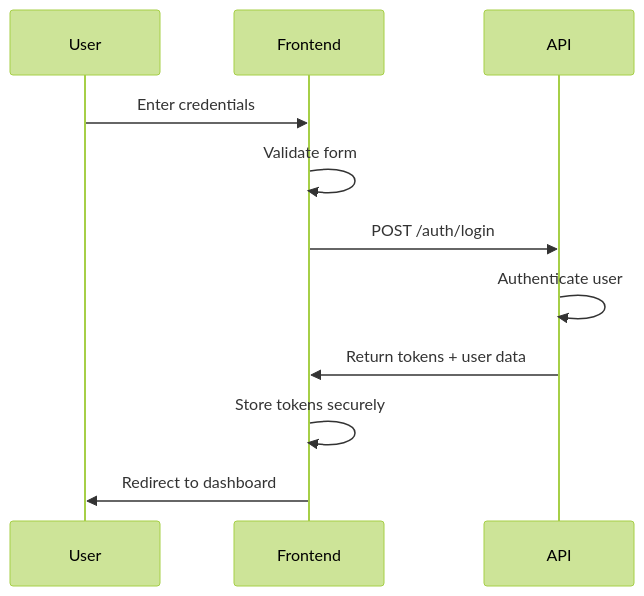
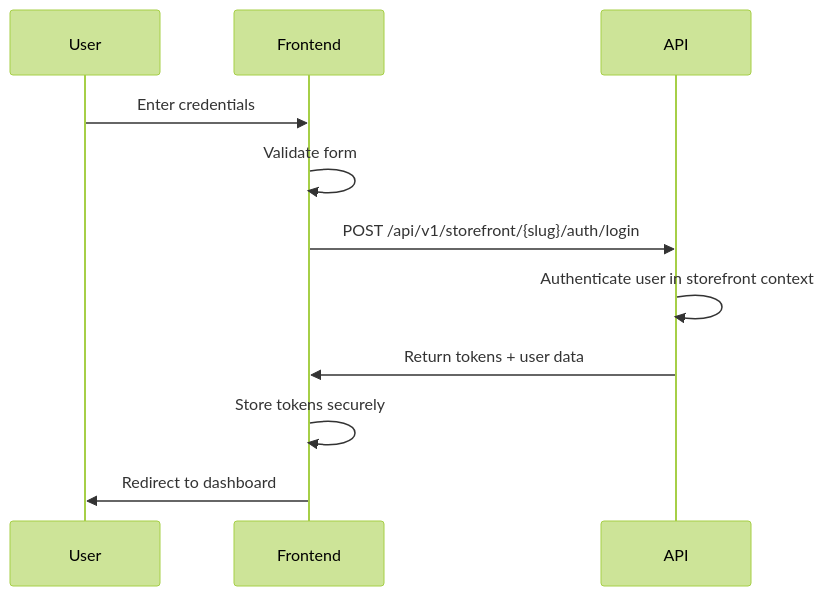
One commit to kirimku/smartseller-storefront changed the second of 3 diagrams in docs/FRONTEND_CUSTOMER_AUTH_IMPLEMENTATION_GUIDE.md. Above: the diagram before and after it, drawn with Mermaid (forest theme). The commit also changed other lines of this file and 25 other files, not shown here.

````diff
--- a/docs/FRONTEND_CUSTOMER_AUTH_IMPLEMENTATION_GUIDE.md
+++ b/docs/FRONTEND_CUSTOMER_AUTH_IMPLEMENTATION_GUIDE.md
@@ -94,14 +95,14 @@
 ```mermaid
 sequenceDiagram
     participant U as User
     participant F as Frontend
     participant A as API
 
     U->>F: Enter credentials
     F->>F: Validate form
-    F->>A: POST /auth/login
-    A->>A: Authenticate user
+    F->>A: POST /api/v1/storefront/{slug}/auth/login
+    A->>A: Authenticate user in storefront context
     A->>F: Return tokens + user data
     F->>F: Store tokens securely
     F->>U: Redirect to dashboard
 ```
````
